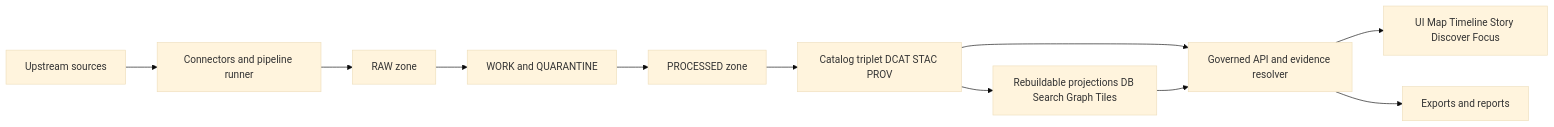
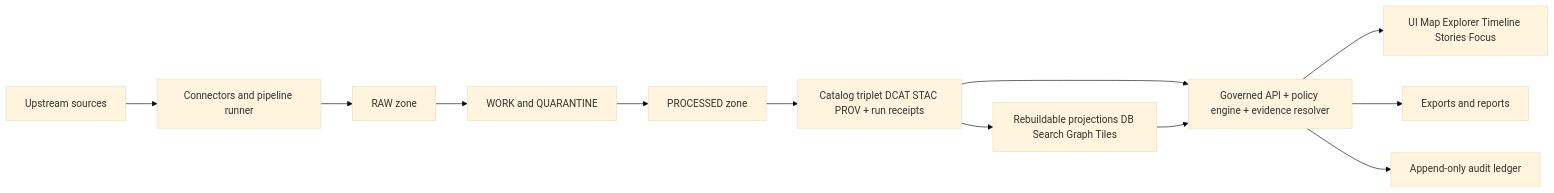
The first of 3 diagrams in README.md (bartytime4life/Kansas-Frontier-Matrix), drawn with Mermaid (base theme) before and after one commit. The commit also changed other lines of this file, not shown here.

```diff
--- a/README.md
+++ b/README.md
@@ -119,13 +117,14 @@
 ~~~mermaid
 flowchart LR
   A[Upstream sources] --> B[Connectors and pipeline runner]
   B --> C[RAW zone]
   C --> D[WORK and QUARANTINE]
   D --> E[PROCESSED zone]
-  E --> F[Catalog triplet DCAT STAC PROV]
+  E --> F[Catalog triplet DCAT STAC PROV + run receipts]
   F --> G[Rebuildable projections DB Search Graph Tiles]
-  F --> H[Governed API and evidence resolver]
+  F --> H[Governed API + policy engine + evidence resolver]
   G --> H
-  H --> I[UI Map Timeline Story Discover Focus]
+  H --> I[UI Map Explorer Timeline Stories Focus]
   H --> J[Exports and reports]
+  H --> K[Append-only audit ledger]
 ~~~
```
